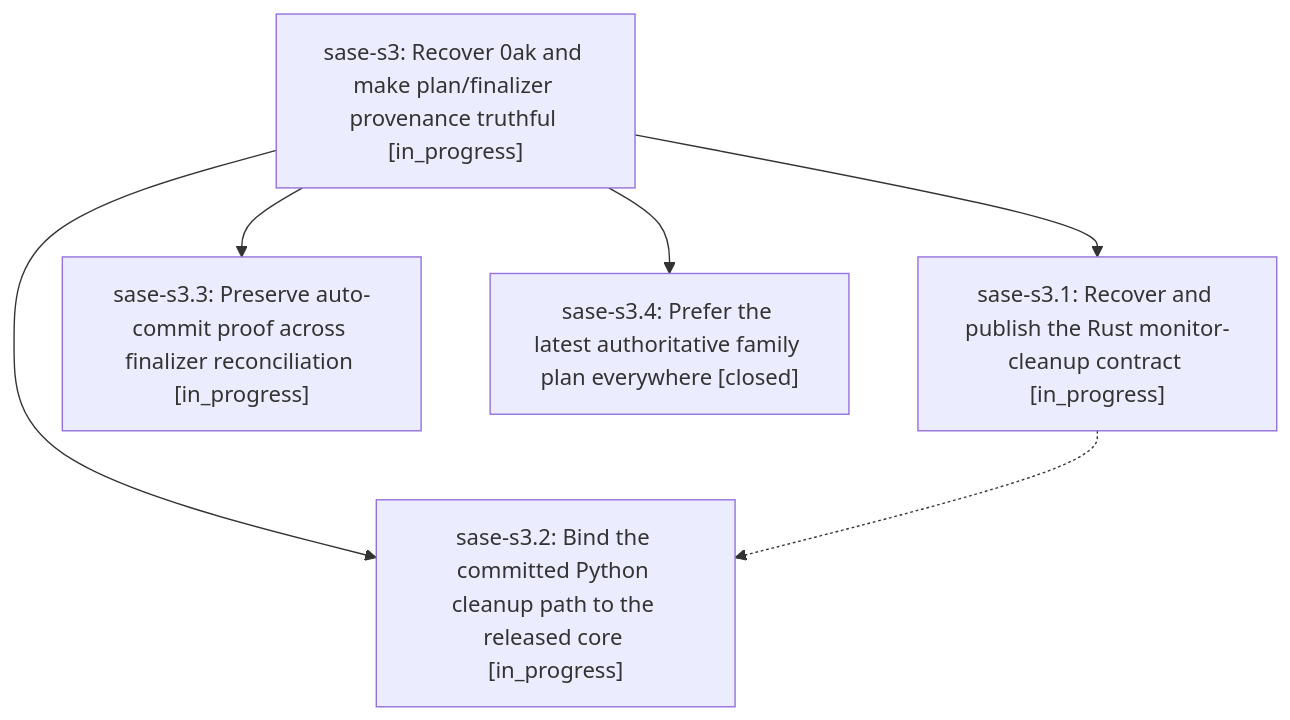
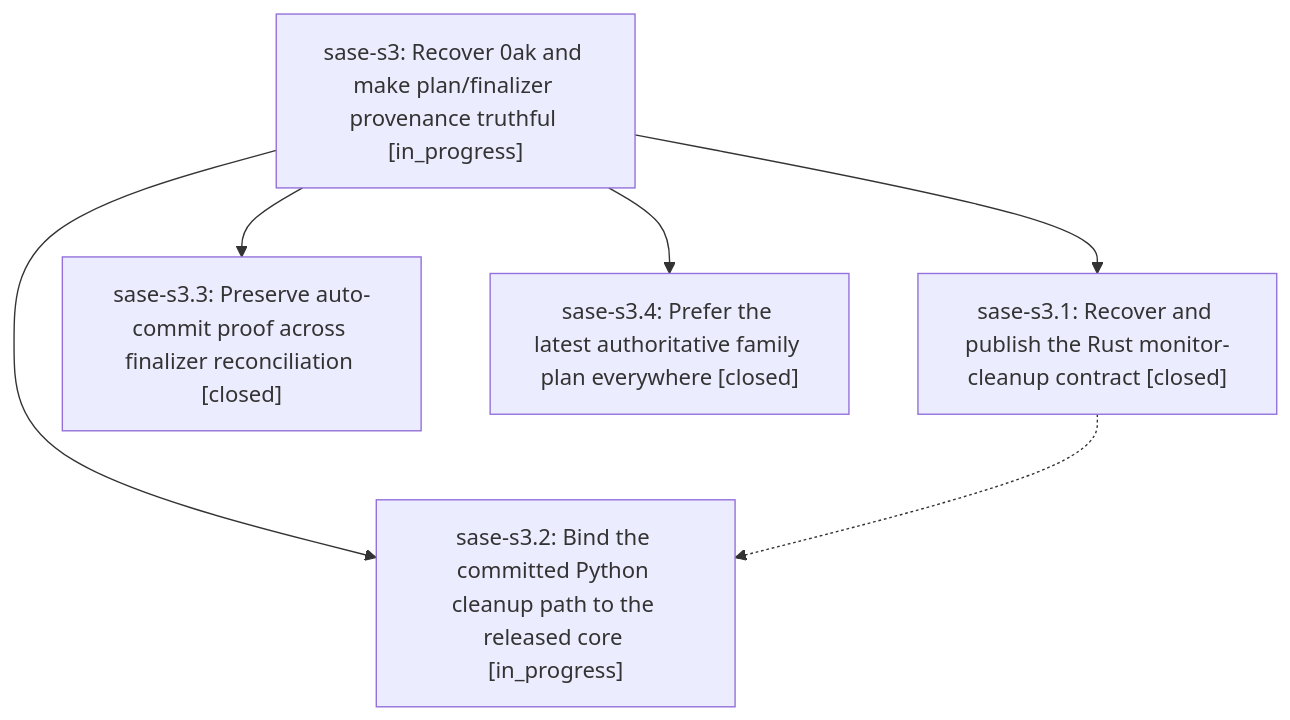
Before and after one commit to sase-org/sase--beads: the diagram in pages/sase-s3/README.md, drawn with Mermaid. The commit also changed other lines of this file and 3 other files, not shown here.

````diff
--- a/pages/sase-s3/README.md
+++ b/pages/sase-s3/README.md
@@ -25,13 +25,13 @@
 ```mermaid
 flowchart TD
     n0["sase-s3: Recover 0ak and make plan/finalizer provenance truthful [in_progress]"]
-    n1["sase-s3.1: Recover and publish the Rust monitor-cleanup contract [in_progress]"]
+    n1["sase-s3.1: Recover and publish the Rust monitor-cleanup contract [closed]"]
     n2["sase-s3.2: Bind the committed Python cleanup path to the released core [in_progress]"]
-    n3["sase-s3.3: Preserve auto-commit proof across finalizer reconciliation [in_progress]"]
+    n3["sase-s3.3: Preserve auto-commit proof across finalizer reconciliation [closed]"]
     n4["sase-s3.4: Prefer the latest authoritative family plan everywhere [closed]"]
     n0 --> n1
     n0 --> n2
     n0 --> n3
     n0 --> n4
     n1 -.-> n2
 ```
````
